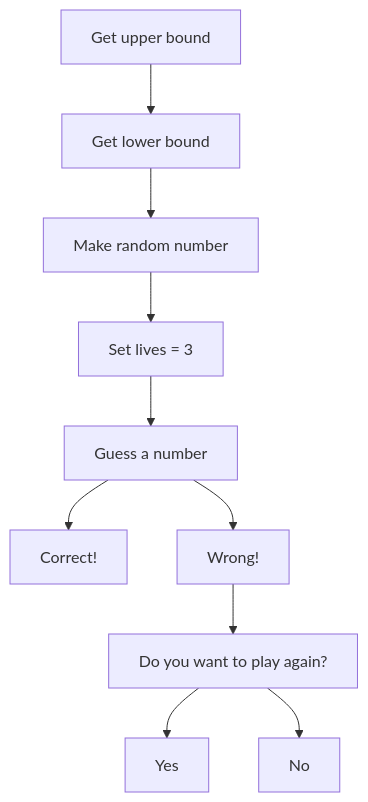
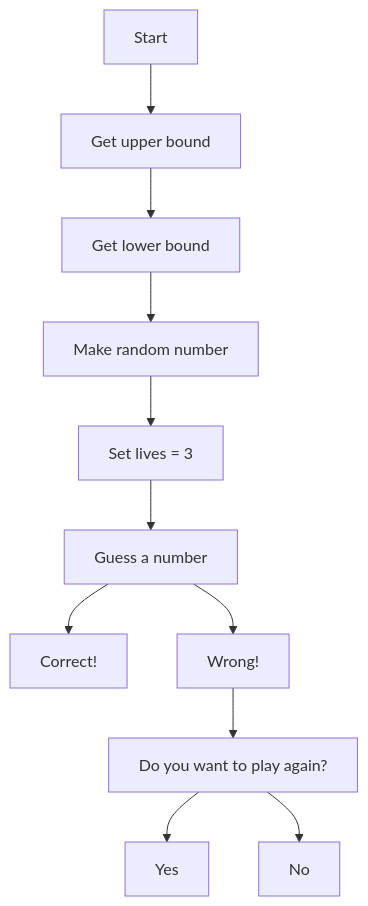
The diagram in Class3/Flowchart.md (joshua-waa/2025-2026-CIF), drawn with Mermaid before and after one commit.

````diff
--- a/Class3/Flowchart.md
+++ b/Class3/Flowchart.md
@@ -1,12 +1,13 @@
 ```mermaid
 flowchart TD
+  St[Start]-->A
   A[Get upper bound] --> B[Get lower bound]
   B --> C[Make random number]
   C --> D[Set lives = 3]
   D --> E[Guess a number]
   E --> F[Correct!]
   E --> G[Wrong!]
   G --> H[Do you want to play again?]
   H --> I[Yes]
   H --> J[No]
 ```
````
